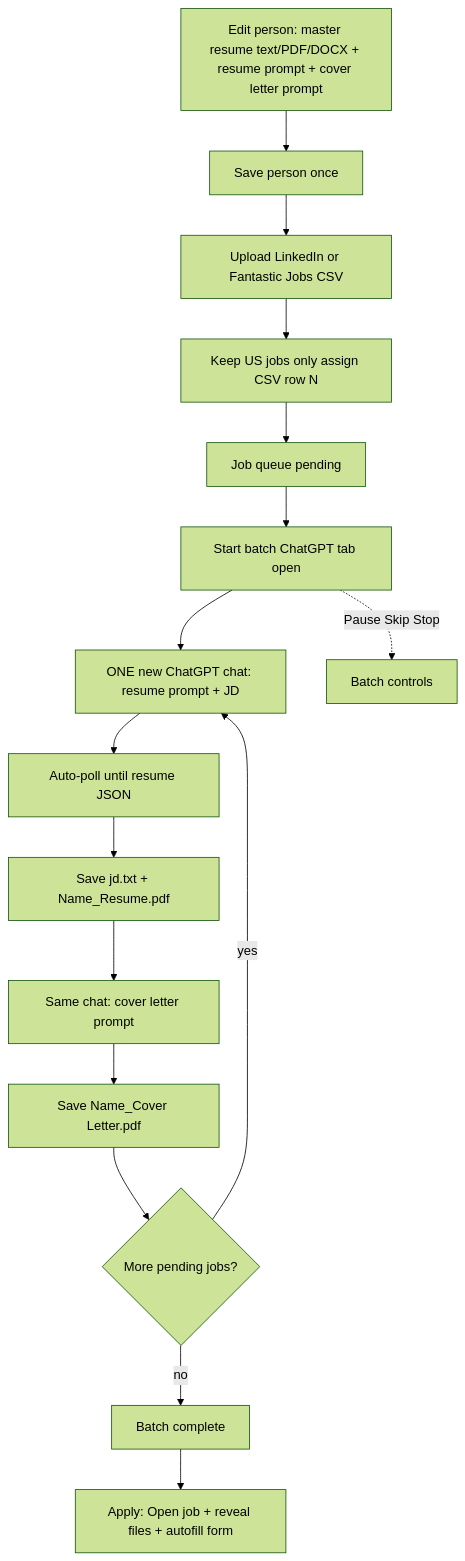
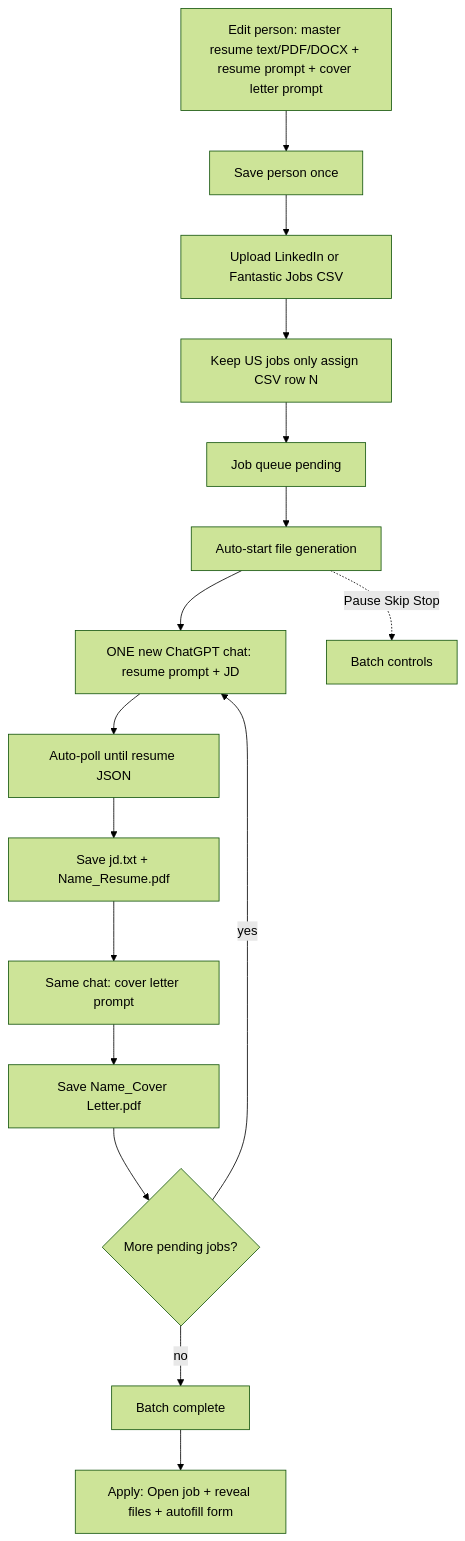
One commit to brightstar-0813/brightstar-bid-bot changed the diagram in README.md. Above: the diagram before and after it, drawn with Mermaid (forest theme). The commit also changed other lines of this file and 8 other files, not shown here.

First line of the commit message:
fix: recognize ChatGPT resume JSON reliably and expand autofill

````diff
--- a/README.md
+++ b/README.md
@@ -22,18 +36,18 @@
 ```mermaid
 flowchart TD
   setup[Edit person: master resume text/PDF/DOCX + resume prompt + cover letter prompt] --> savePerson[Save person once]
   savePerson --> uploadCsv[Upload LinkedIn or Fantastic Jobs CSV]
   uploadCsv --> filterUs[Keep US jobs only assign CSV row N]
   filterUs --> queue[Job queue pending]
-  queue --> startBatch[Start batch ChatGPT tab open]
+  queue --> startBatch[Auto-start file generation]
   startBatch --> resumeChat[ONE new ChatGPT chat: resume prompt + JD]
   resumeChat --> pollJson[Auto-poll until resume JSON]
   pollJson --> saveFiles[Save jd.txt + Name_Resume.pdf]
   saveFiles --> clChat[Same chat: cover letter prompt]
   clChat --> saveCl[Save Name_Cover Letter.pdf]
   saveCl --> nextJob{More pending jobs?}
   nextJob -->|yes| resumeChat
   nextJob -->|no| done[Batch complete]
   done --> apply[Apply: Open job + reveal files + autofill form]
   startBatch -.->|Pause Skip Stop| controls[Batch controls]
 ```
````
